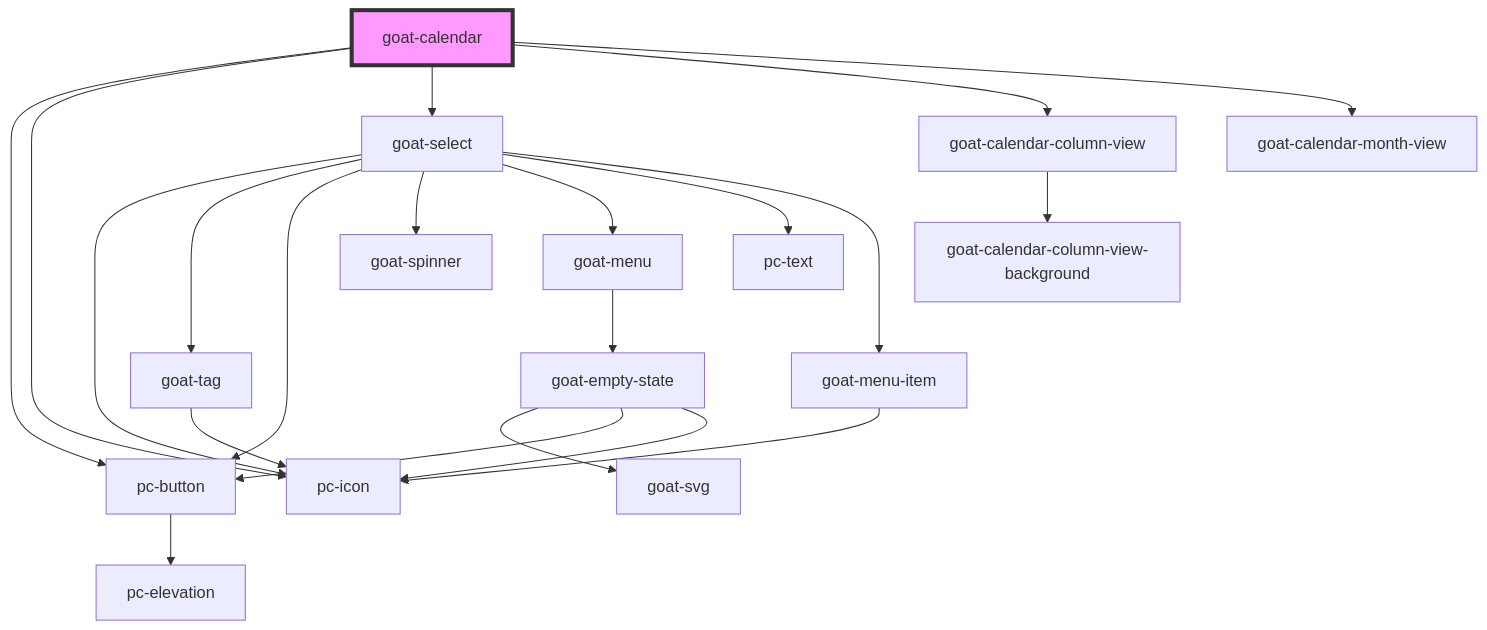
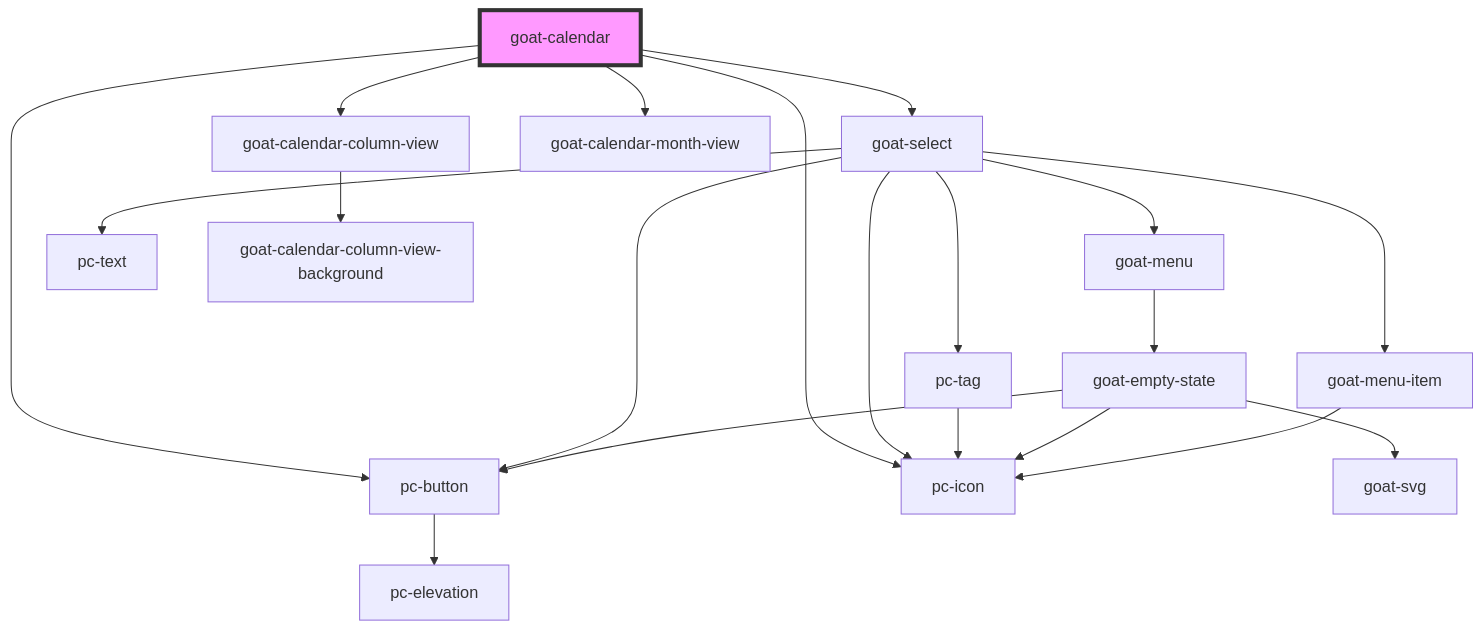
Before and after one commit to redvars/peacock: the diagram in src/components/application/calendar/calendar/readme.md, drawn with Mermaid. The commit also changed 127 other files, not shown here.

````diff
--- a/src/components/application/calendar/calendar/readme.md
+++ b/src/components/application/calendar/calendar/readme.md
@@ -39,24 +39,23 @@
 ```mermaid
 graph TD;
   goat-calendar --> pc-button
   goat-calendar --> pc-icon
   goat-calendar --> goat-select
   goat-calendar --> goat-calendar-column-view
   goat-calendar --> goat-calendar-month-view
   pc-button --> pc-elevation
   goat-select --> pc-icon
-  goat-select --> goat-tag
+  goat-select --> pc-tag
   goat-select --> pc-button
-  goat-select --> goat-spinner
   goat-select --> goat-menu
   goat-select --> pc-text
   goat-select --> goat-menu-item
-  goat-tag --> pc-icon
+  pc-tag --> pc-icon
   goat-menu --> goat-empty-state
   goat-empty-state --> goat-svg
   goat-empty-state --> pc-button
   goat-empty-state --> pc-icon
   goat-menu-item --> pc-icon
   goat-calendar-column-view --> goat-calendar-column-view-background
   style goat-calendar fill:#f9f,stroke:#333,stroke-width:4px
 ```
````
